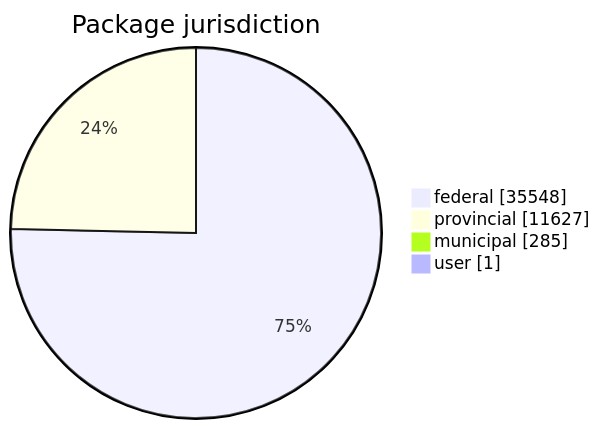
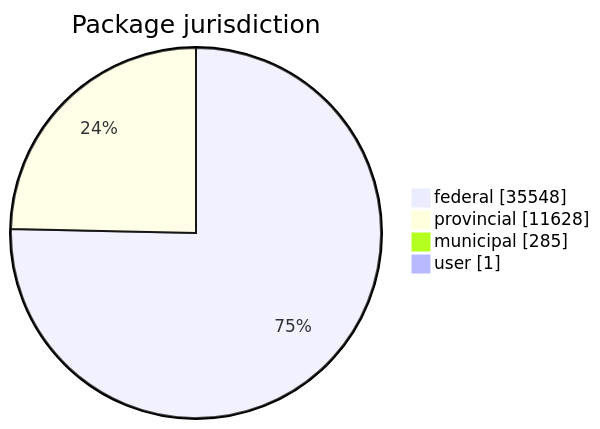
Before and after one commit to open-data/analytics-corporate-reporting: the first of 5 diagrams in FreshCheck/README.md, drawn with Mermaid. The commit also changed other lines of this file and 3 other files, not shown here.

````diff
--- a/FreshCheck/README.md
+++ b/FreshCheck/README.md
@@ -60,7 +60,7 @@
 ```mermaid
 pie showData title Package jurisdiction
     "federal": 35548
-    "provincial": 11627
+    "provincial": 11628
     "municipal": 285
     "user": 1
 ```
````
